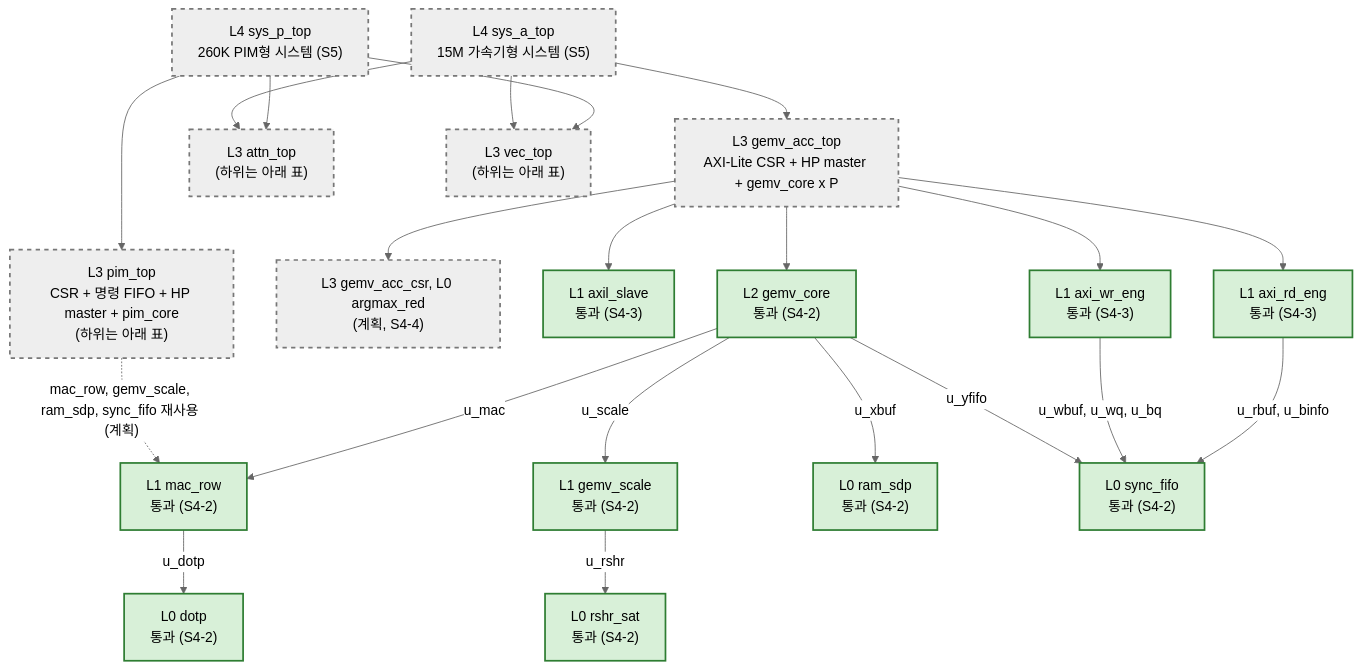
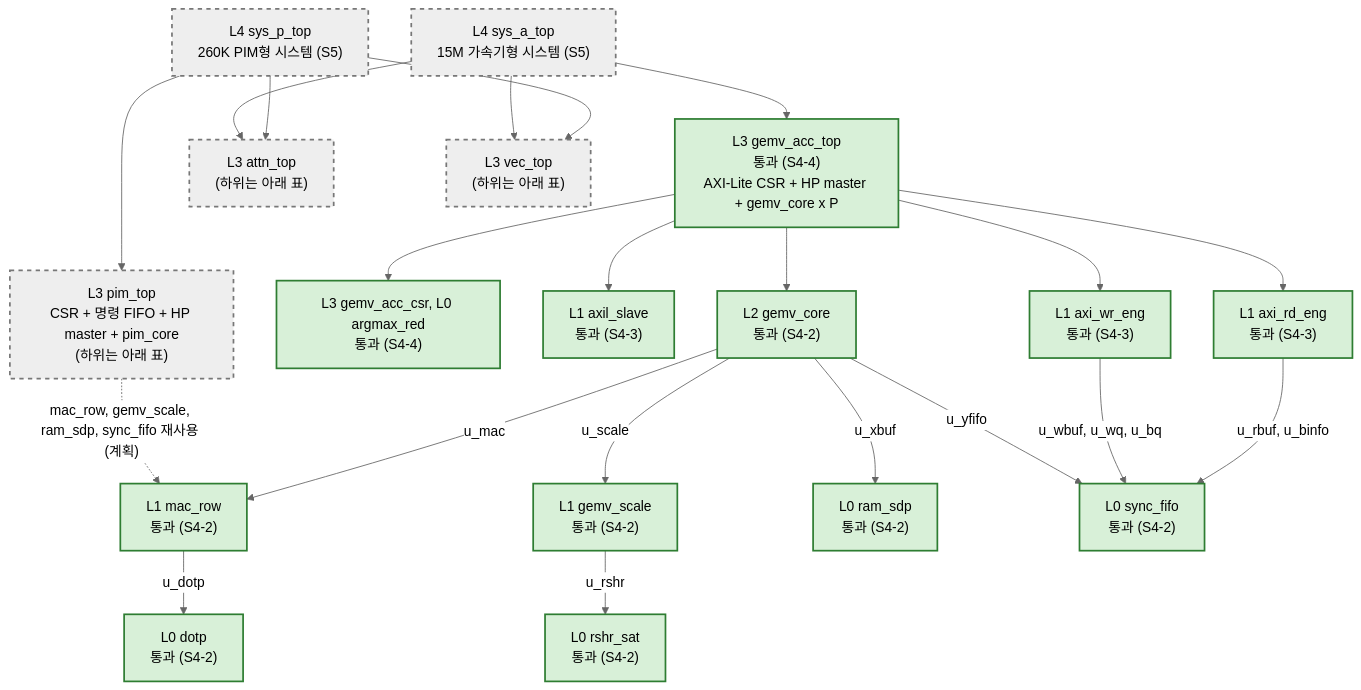
Before and after one commit to oerreo/HW_Projects: the diagram in progress/llm-pim-soc/docs/diagrams/00_hierarchy.md, drawn with Mermaid (neutral theme). The commit also changed other lines of this file and 3 other files, not shown here.

Commit message:
docs(llm-pim-soc): gemv_acc_top diagrams, hierarchy details for S4-4

````diff
--- a/progress/llm-pim-soc/docs/diagrams/00_hierarchy.md
+++ b/progress/llm-pim-soc/docs/diagrams/00_hierarchy.md
@@ -15,46 +16,46 @@
 ```mermaid
 flowchart TD
     sysp["L4 sys_p_top<br/>260K PIM형 시스템 (S5)"]:::plan
     sysa["L4 sys_a_top<br/>15M 가속기형 시스템 (S5)"]:::plan
 
-    acc["L3 gemv_acc_top<br/>AXI-Lite CSR + HP master + gemv_core x P"]:::plan
+    acc["L3 gemv_acc_top<br/>통과 (S4-4)<br/>AXI-Lite CSR + HP master + gemv_core x P"]:::done
     pim["L3 pim_top<br/>CSR + 명령 FIFO + HP master + pim_core<br/>(하위는 아래 표)"]:::plan
     attn["L3 attn_top<br/>(하위는 아래 표)"]:::plan
     vec["L3 vec_top<br/>(하위는 아래 표)"]:::plan
 
-    accsub["L3 gemv_acc_csr, L0 argmax_red<br/>(계획, S4-4)"]:::plan
+    accsub["L3 gemv_acc_csr, L0 argmax_red<br/>통과 (S4-4)"]:::done
     axil["L1 axil_slave<br/>통과 (S4-3)"]:::done
     rde["L1 axi_rd_eng<br/>통과 (S4-3)"]:::done
     wre["L1 axi_wr_eng<br/>통과 (S4-3)"]:::done
     core["L2 gemv_core<br/>통과 (S4-2)"]:::done
     mac["L1 mac_row<br/>통과 (S4-2)"]:::done
     scale["L1 gemv_scale<br/>통과 (S4-2)"]:::done
     dotp["L0 dotp<br/>통과 (S4-2)"]:::done
     rshr["L0 rshr_sat<br/>통과 (S4-2)"]:::done
     ram["L0 ram_sdp<br/>통과 (S4-2)"]:::done
     fifo["L0 sync_fifo<br/>통과 (S4-2)"]:::done
 
     sysp --> pim
     sysp --> attn
     sysp --> vec
     sysa --> acc
     sysa --> attn
     sysa --> vec
     acc --> accsub
     acc --> axil
     acc --> rde
     acc --> wre
     rde -->|"u_rbuf, u_binfo"| fifo
     wre -->|"u_wbuf, u_wq, u_bq"| fifo
     acc --> core
     core -->|"u_xbuf"| ram
     core -->|"u_mac"| mac
     core -->|"u_scale"| scale
     core -->|"u_yfifo"| fifo
     mac -->|"u_dotp"| dotp
     scale -->|"u_rshr"| rshr
     pim -.->|"mac_row, gemv_scale, ram_sdp, sync_fifo 재사용 (계획)"| mac
 
     classDef done fill:#d8f0d8,stroke:#2e7d32,stroke-width:2px,color:#000
     classDef plan fill:#eeeeee,stroke:#777777,stroke-width:2px,stroke-dasharray:5 5,color:#000
 ```
````
